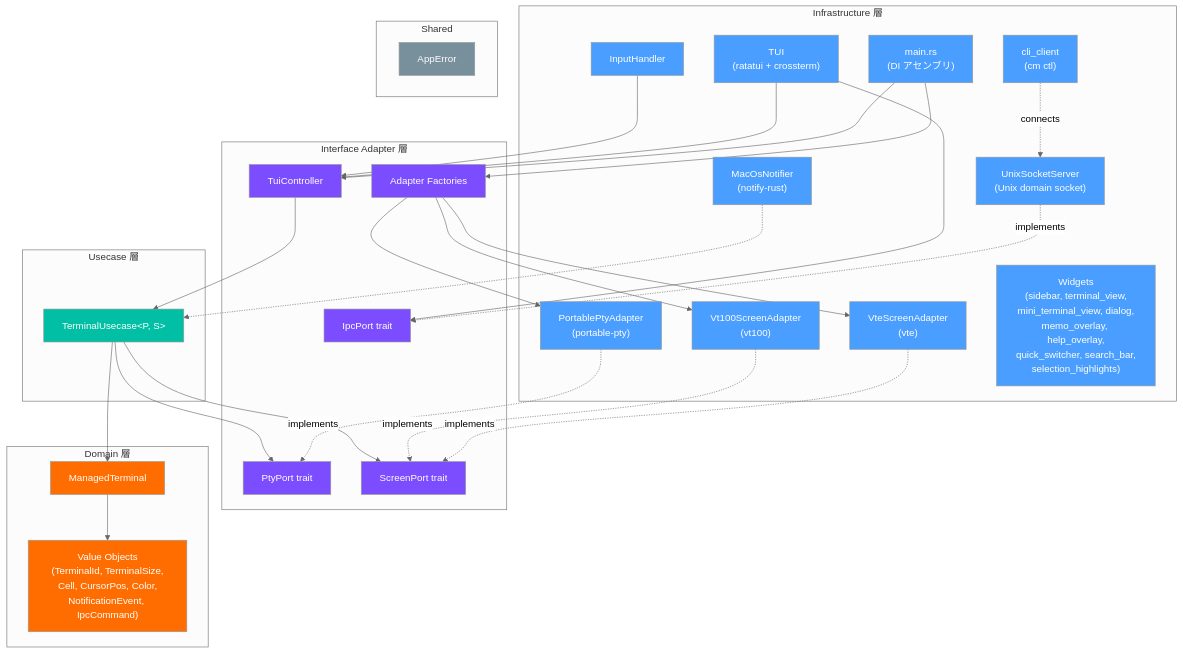
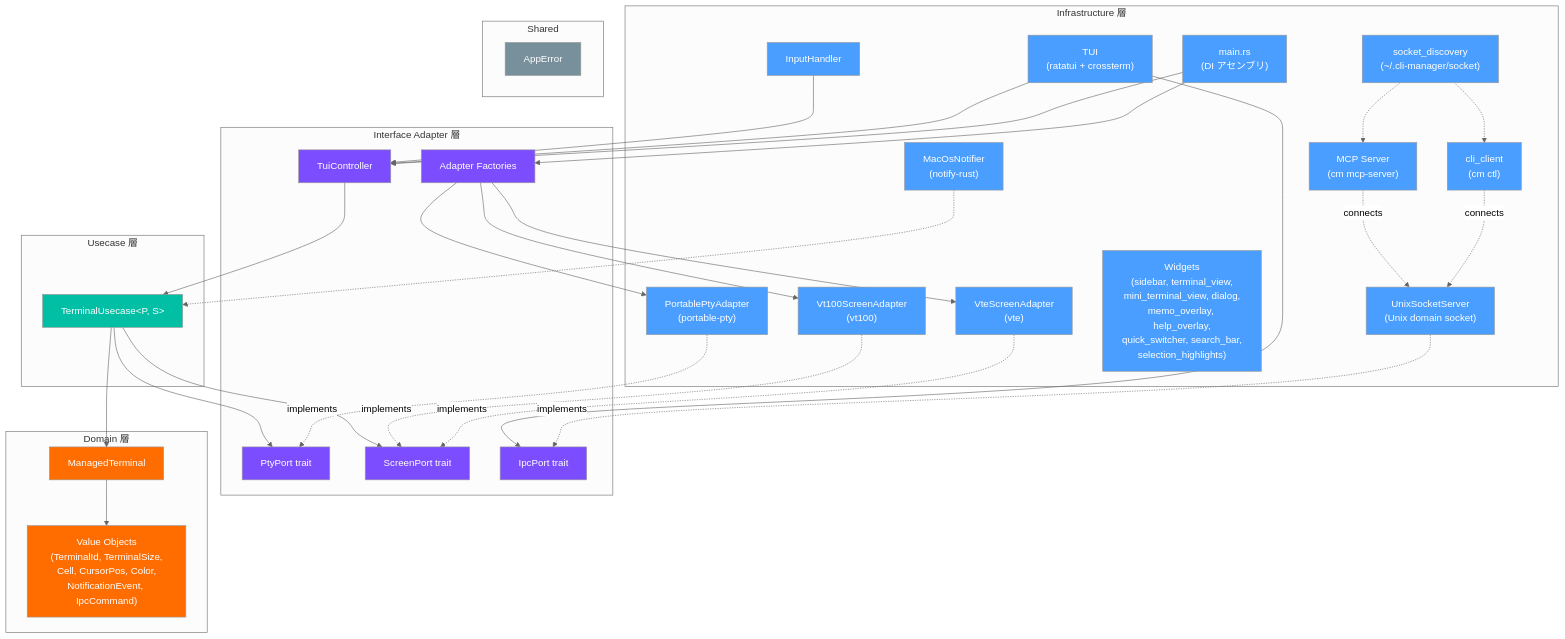
Before and after one commit to Kobayashi-takumi/cli-manager: the fourth of 6 diagrams in README.md, drawn with Mermaid (neutral theme). The commit also changed other lines of this file and 13 other files, not shown here.

First line of the commit message:
Add AI agent API with IPC window commands, socket discovery, and MCP Server (Phase 20)

```diff
--- a/README.md
+++ b/README.md
@@ -390,6 +396,8 @@
         NOTIF["MacOsNotifier<br/>(notify-rust)"]
         IPC["UnixSocketServer<br/>(Unix domain socket)"]
         CLI["cli_client<br/>(cm ctl)"]
+        MCP["MCP Server<br/>(cm mcp-server)"]
+        DISC["socket_discovery<br/>(~/.cli-manager/socket)"]
     end
 
     subgraph "Interface Adapter 層"
@@ -430,6 +438,9 @@
     ENT --> VO
     IPC -.->|implements| IPCPORT
     CLI -.->|connects| IPC
+    MCP -.->|connects| IPC
+    DISC -.-> CLI
+    DISC -.-> MCP
     TUI --> IPCPORT
     NOTIF -.-> UC
 
@@ -443,6 +454,8 @@
     style NOTIF fill:#4a9eff,color:#fff
     style IPC fill:#4a9eff,color:#fff
     style CLI fill:#4a9eff,color:#fff
+    style MCP fill:#4a9eff,color:#fff
+    style DISC fill:#4a9eff,color:#fff
     style CTRL fill:#7c4dff,color:#fff
     style PTYPORT fill:#7c4dff,color:#fff
     style SCRPORT fill:#7c4dff,color:#fff
```
